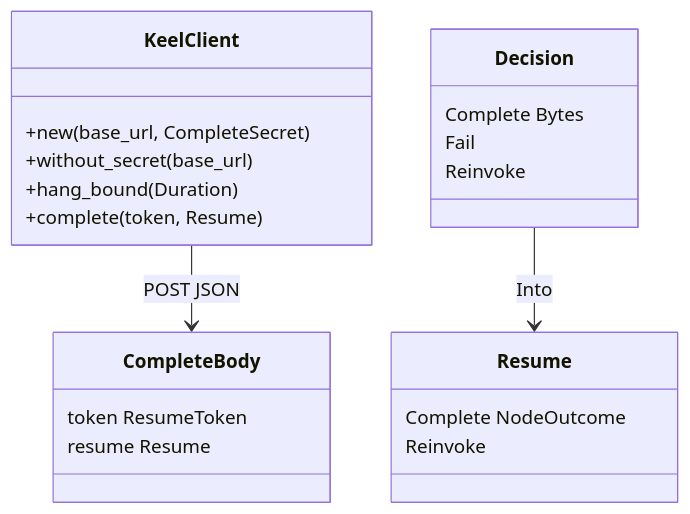
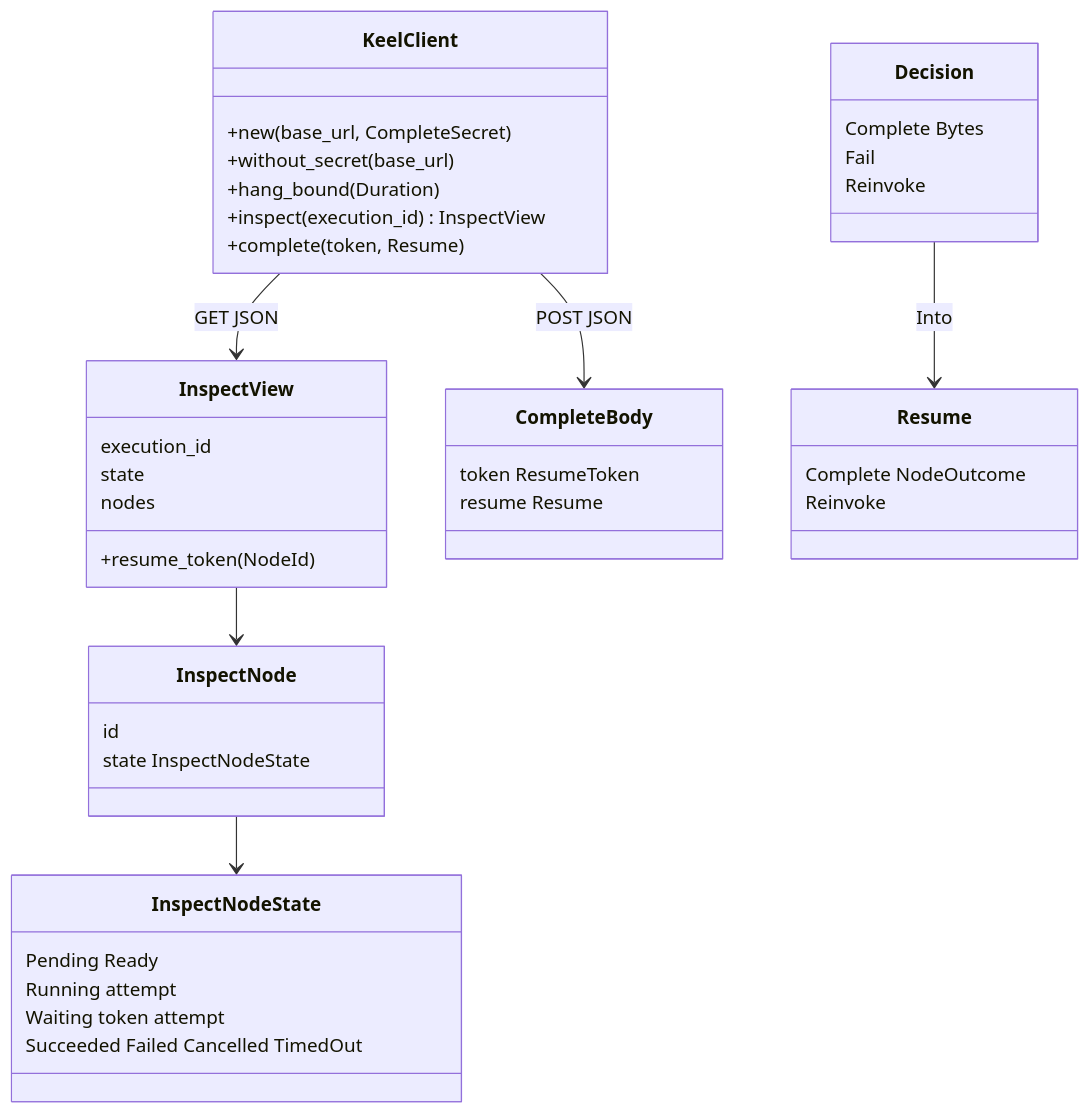
Before and after one commit to nessalabs/keel-rt: the third of 5 diagrams in docs/ARCHITECTURE.md, drawn with Mermaid. The commit also changed other lines of this file and 15 other files, not shown here.

First line of the commit message:
sdk/inspect: KeelClient inspect then complete unblocks wait

````diff
--- a/docs/ARCHITECTURE.md
+++ b/docs/ARCHITECTURE.md
@@ -116,24 +125,44 @@
 ```mermaid
 classDiagram
   class KeelClient {
     +new(base_url, CompleteSecret)
     +without_secret(base_url)
     +hang_bound(Duration)
+    +inspect(execution_id) InspectView
     +complete(token, Resume)
+  }
+  class InspectView {
+    execution_id
+    state
+    nodes
+    +resume_token(NodeId)
+  }
+  class InspectNode {
+    id
+    state InspectNodeState
+  }
+  class InspectNodeState {
+    Pending Ready
+    Running attempt
+    Waiting token attempt
+    Succeeded Failed Cancelled TimedOut
   }
   class Decision {
     Complete Bytes
     Fail
     Reinvoke
   }
   class CompleteBody {
     token ResumeToken
     resume Resume
   }
   class Resume {
     Complete NodeOutcome
     Reinvoke
   }
   Decision --> Resume : Into
+  KeelClient --> InspectView : GET JSON
+  InspectView --> InspectNode
+  InspectNode --> InspectNodeState
   KeelClient --> CompleteBody : POST JSON
 ```
````
